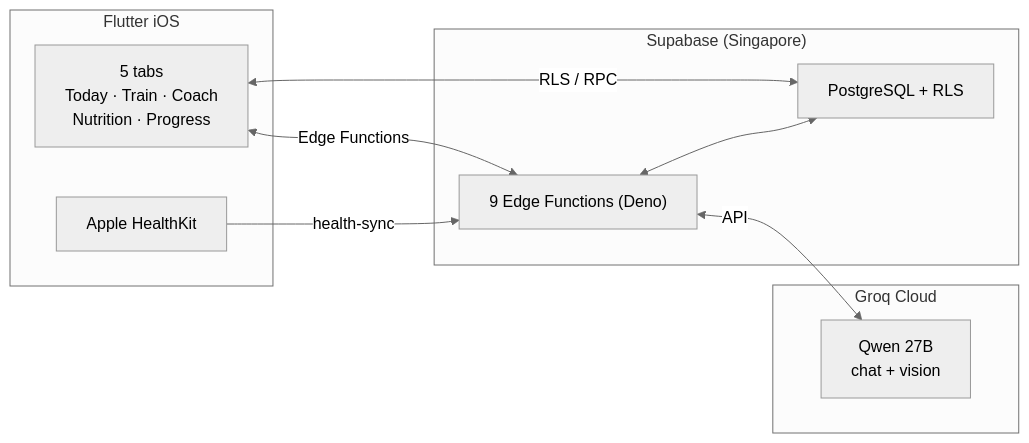
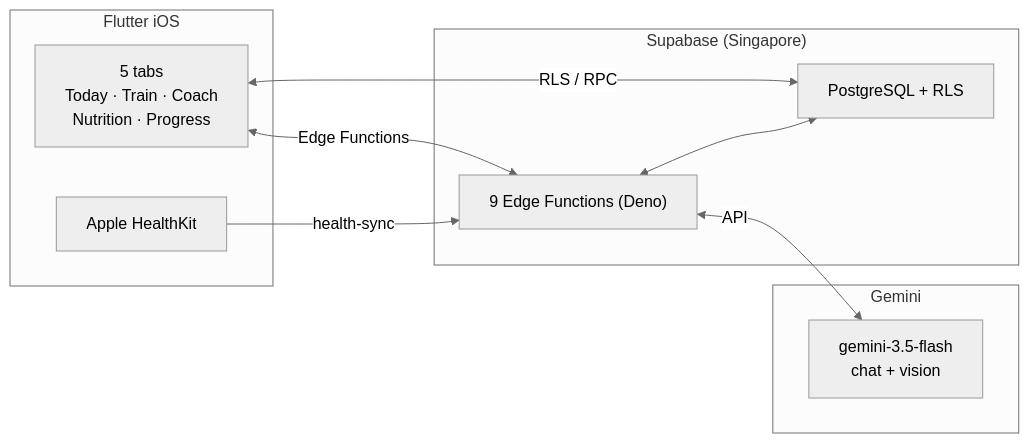
Before and after one commit to PurnaJear06/Tracend: the diagram in README.md, drawn with Mermaid (neutral theme). The commit also changed other lines of this file and 1 other file, not shown here.

Commit message:
docs: switch provider references from Groq Qwen to Gemini 3.5 Flash

````diff
--- a/README.md
+++ b/README.md
@@ -89,19 +90,19 @@
 ```mermaid
 flowchart LR
   subgraph Client["Flutter iOS"]
     UI["5 tabs<br/>Today · Train · Coach<br/>Nutrition · Progress"]
     HK["Apple HealthKit"]
   end
   subgraph Supabase["Supabase (Singapore)"]
     DB["PostgreSQL + RLS"]
     EF["9 Edge Functions (Deno)"]
   end
-  subgraph AI["Groq Cloud"]
-    Qwen["Qwen 27B<br/>chat + vision"]
+  subgraph AI["Gemini"]
+    FL["gemini-3.5-flash<br/>chat + vision"]
   end
   UI <-->|RLS / RPC| DB
   UI <-->|Edge Functions| EF
   HK -->|health-sync| EF
-  EF <-->|API| Qwen
+  EF <-->|API| FL
   EF <--> DB
 ```
````
